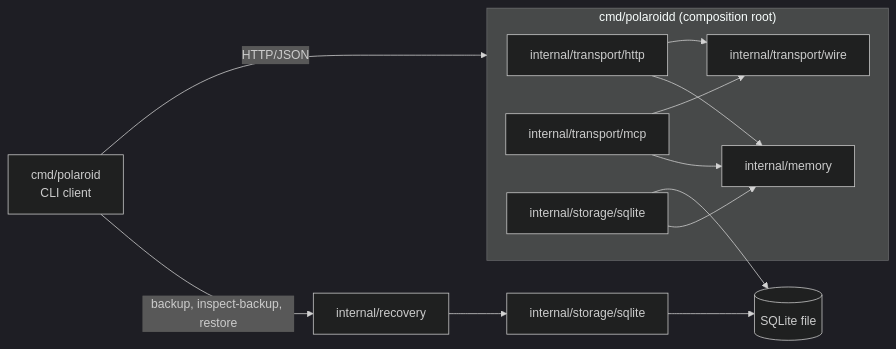
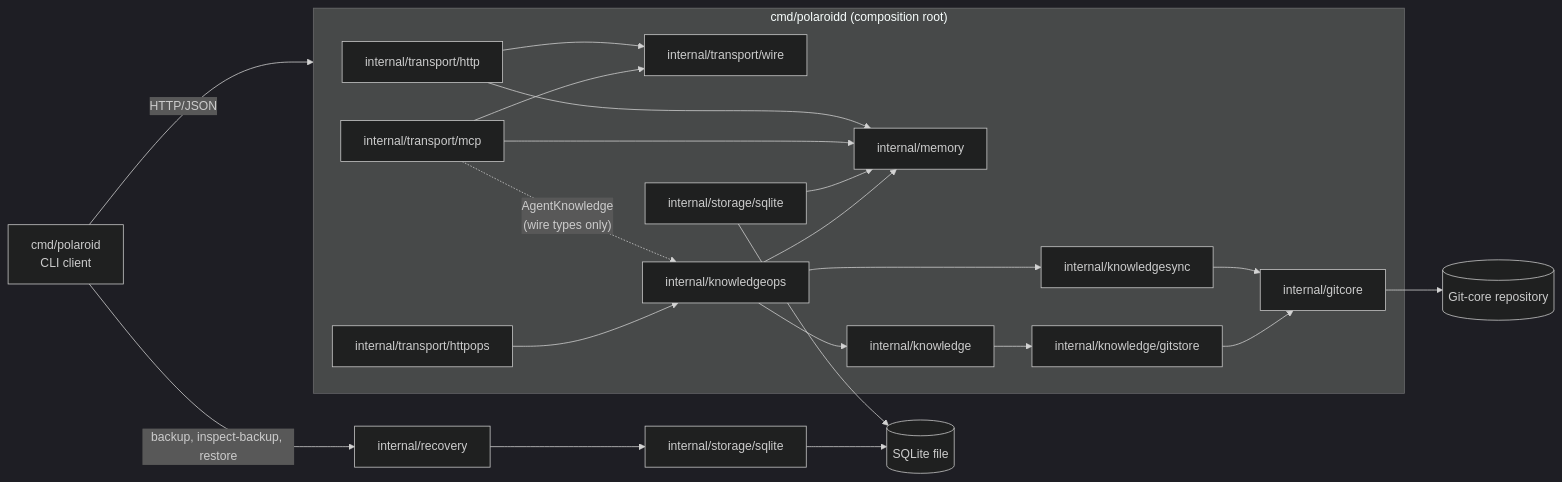
The diagram in docs/architecture/overview.md (ashuangiras/polaroid), drawn with Mermaid (dark theme) before and after one commit. The commit also changed other lines of this file and 5 other files, not shown here.

First line of the commit message:
docs: ADR-0048, http-api.md, mcp.md, overview.md and roadmap for the Git-native agent interface

````diff
--- a/docs/architecture/overview.md
+++ b/docs/architecture/overview.md
@@ -11,15 +11,24 @@
 ```mermaid
 flowchart LR
   cli["cmd/polaroid<br/>CLI client"] -- HTTP/JSON --> daemon
   cli -- "backup, inspect-backup, restore" --> recovery["internal/recovery"]
   recovery --> rsqlite["internal/storage/sqlite"]
   rsqlite --> db
   subgraph daemon["cmd/polaroidd (composition root)"]
     transport["internal/transport/http"] --> memory["internal/memory"]
     mcpt["internal/transport/mcp"] --> memory
     transport --> wire["internal/transport/wire"]
     mcpt --> wire
     sqlite["internal/storage/sqlite"] --> memory
+    mcpt -. "AgentKnowledge\n(wire types only)" .-> kops
+    httpops["internal/transport/httpops"] --> kops["internal/knowledgeops"]
+    kops --> kernel["internal/knowledge"]
+    kops --> ksync["internal/knowledgesync"]
+    kops --> memory
+    ksync --> gitcore["internal/gitcore"]
+    kernel --> gitstore["internal/knowledge/gitstore"]
+    gitstore --> gitcore
   end
   sqlite --> db[("SQLite file")]
+  gitcore --> repo[("Git-core repository")]
 ```
````
